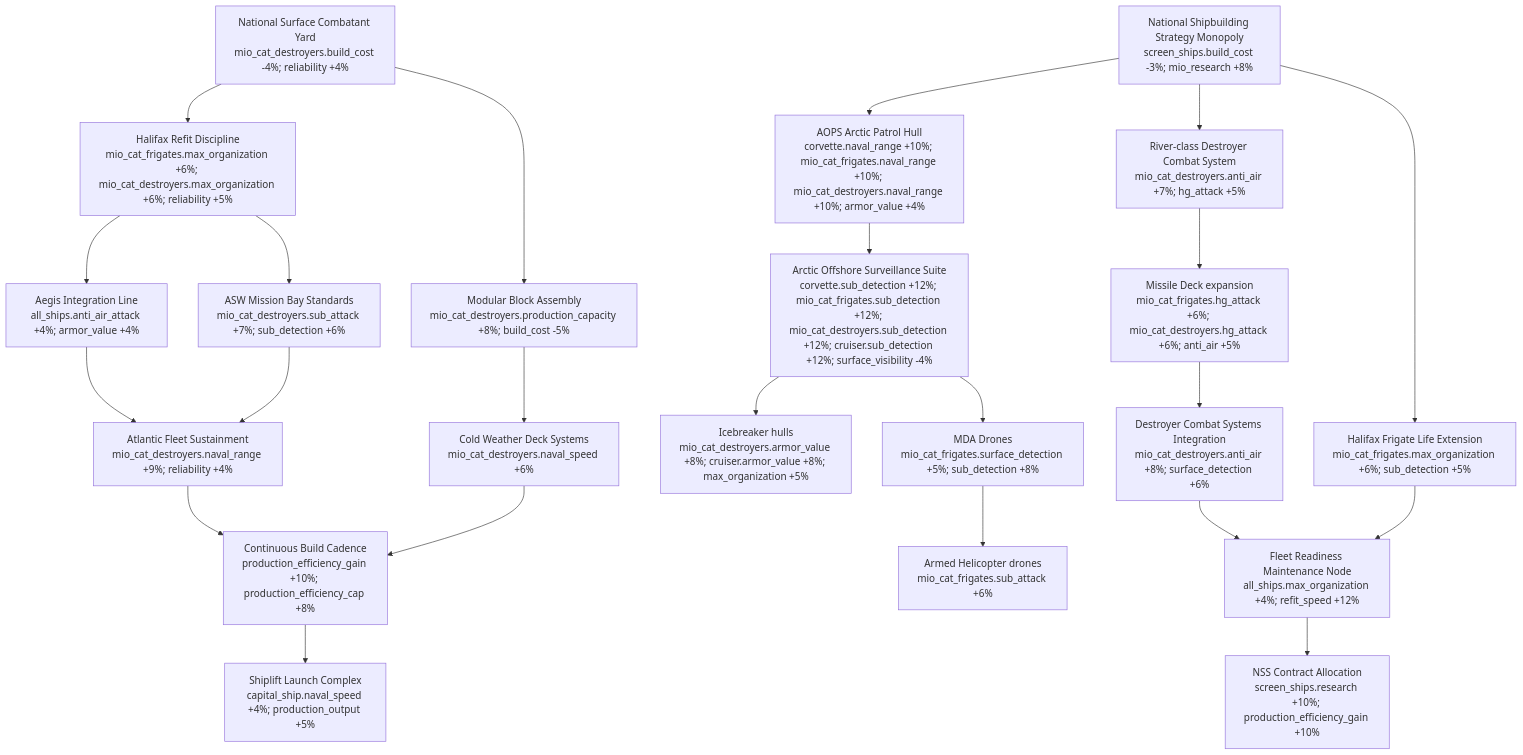
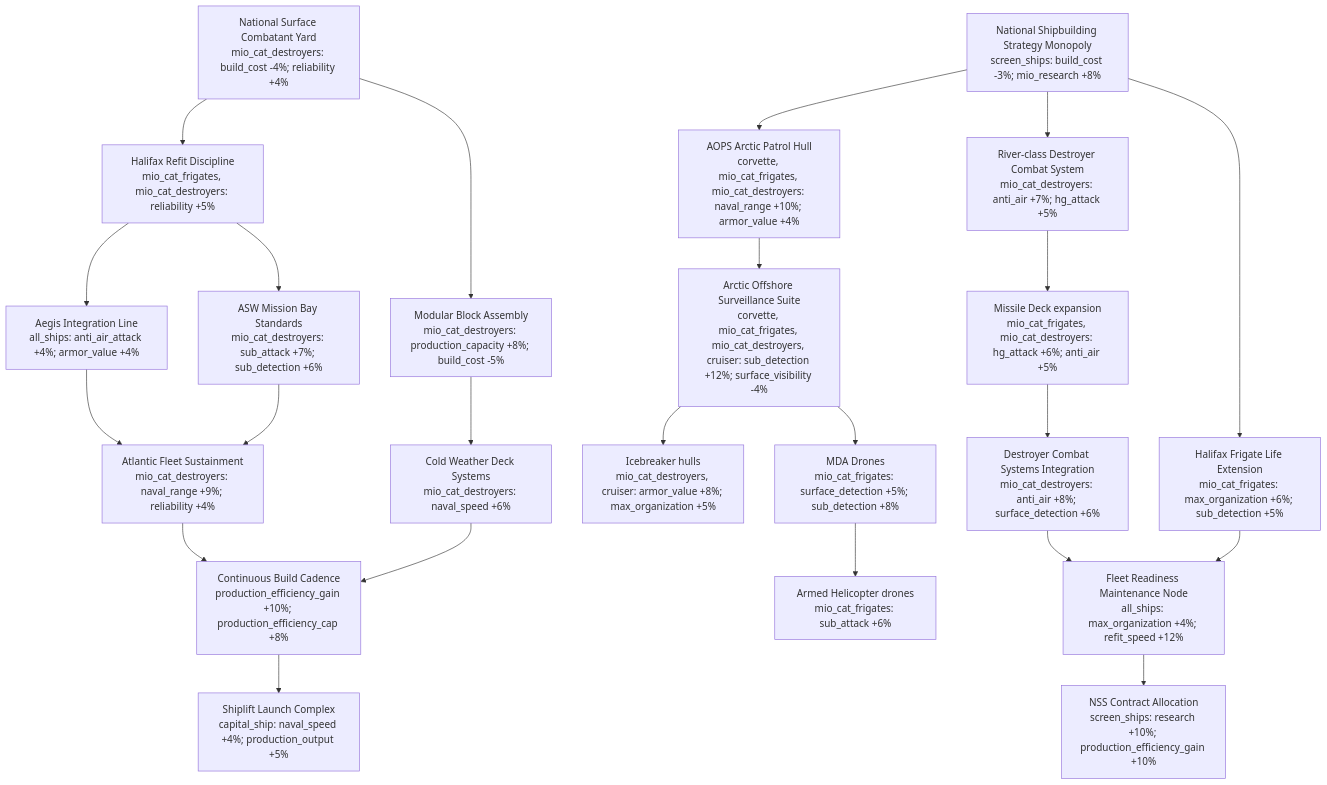
The fifth of 9 diagrams in docs/countries/canada/mio.md (MillenniumDawn/Millennium-Dawn), drawn with Mermaid before and after one commit. The commit also changed other lines of this file and 3 other files, not shown here.

Commit message:
feat: Mermaid to MIO script

````diff
--- a/docs/countries/canada/mio.md
+++ b/docs/countries/canada/mio.md
@@ -188,53 +188,53 @@
 ```mermaid
 flowchart TD
     %% Industrial foundation branch
-    I0["National Surface Combatant Yard<br/>mio_cat_destroyers.build_cost -4%; reliability +4%"]
-    I1["Halifax Refit Discipline<br/>mio_cat_frigates.max_organization +6%; mio_cat_destroyers.max_organization +6%; reliability +5%"]
-    I2["Modular Block Assembly<br/>mio_cat_destroyers.production_capacity +8%; build_cost -5%"]
-    I5["Cold Weather Deck Systems<br/>mio_cat_destroyers.naval_speed +6%"]
-    I3["Aegis Integration Line<br/>all_ships.anti_air_attack +4%; armor_value +4%"]
-    I4["ASW Mission Bay Standards<br/>mio_cat_destroyers.sub_attack +7%; sub_detection +6%"]
-    I6["Atlantic Fleet Sustainment<br/>mio_cat_destroyers.naval_range +9%; reliability +4%"]
+    I0["National Surface Combatant Yard<br/>mio_cat_destroyers: build_cost -4%; reliability +4%"]
+    I1["Halifax Refit Discipline<br/>mio_cat_frigates, mio_cat_destroyers: reliability +5%"]
+    I2["Modular Block Assembly<br/>mio_cat_destroyers: production_capacity +8%; build_cost -5%"]
+    I5["Cold Weather Deck Systems<br/>mio_cat_destroyers: naval_speed +6%"]
+    I3["Aegis Integration Line<br/>all_ships: anti_air_attack +4%; armor_value +4%"]
+    I4["ASW Mission Bay Standards<br/>mio_cat_destroyers: sub_attack +7%; sub_detection +6%"]
+    I6["Atlantic Fleet Sustainment<br/>mio_cat_destroyers: naval_range +9%; reliability +4%"]
     I7["Continuous Build Cadence<br/>production_efficiency_gain +10%; production_efficiency_cap +8%"]
-    I8["Shiplift Launch Complex<br/>capital_ship.naval_speed +4%; production_output +5%"]
+    I8["Shiplift Launch Complex<br/>capital_ship: naval_speed +4%; production_output +5%"]
 
     %% National program and contracts branch
-    I9["National Shipbuilding Strategy Monopoly<br/>screen_ships.build_cost -3%; mio_research +8%"]
-    I10["AOPS Arctic Patrol Hull<br/>corvette.naval_range +10%; mio_cat_frigates.naval_range +10%; mio_cat_destroyers.naval_range +10%; armor_value +4%"]
-    I11["River-class Destroyer Combat System<br/>mio_cat_destroyers.anti_air +7%; hg_attack +5%"]
-    I12["Halifax Frigate Life Extension<br/>mio_cat_frigates.max_organization +6%; sub_detection +5%"]
-    I14["Missile Deck expansion<br/>mio_cat_frigates.hg_attack +6%; mio_cat_destroyers.hg_attack +6%; anti_air +5%"]
-    I18["Destroyer Combat Systems Integration<br/>mio_cat_destroyers.anti_air +8%; surface_detection +6%"]
-    I15["MDA Drones<br/>mio_cat_frigates.surface_detection +5%; sub_detection +8%"]
-    I16["Armed Helicopter drones<br/>mio_cat_frigates.sub_attack +6%"]
-    I13["Arctic Offshore Surveillance Suite<br/>corvette.sub_detection +12%; mio_cat_frigates.sub_detection +12%; mio_cat_destroyers.sub_detection +12%; cruiser.sub_detection +12%; surface_visibility -4%"]
-    I17["Icebreaker hulls<br/>mio_cat_destroyers.armor_value +8%; cruiser.armor_value +8%; max_organization +5%"]
+    I9["National Shipbuilding Strategy Monopoly<br/>screen_ships: build_cost -3%; mio_research +8%"]
+    I10["AOPS Arctic Patrol Hull<br/>corvette, mio_cat_frigates, mio_cat_destroyers: naval_range +10%; armor_value +4%"]
+    I11["River-class Destroyer Combat System<br/>mio_cat_destroyers: anti_air +7%; hg_attack +5%"]
+    I12["Halifax Frigate Life Extension<br/>mio_cat_frigates: max_organization +6%; sub_detection +5%"]
+    I14["Missile Deck expansion<br/>mio_cat_frigates, mio_cat_destroyers: hg_attack +6%; anti_air +5%"]
+    I18["Destroyer Combat Systems Integration<br/>mio_cat_destroyers: anti_air +8%; surface_detection +6%"]
+    I15["MDA Drones<br/>mio_cat_frigates: surface_detection +5%; sub_detection +8%"]
+    I16["Armed Helicopter drones<br/>mio_cat_frigates: sub_attack +6%"]
+    I13["Arctic Offshore Surveillance Suite<br/>corvette, mio_cat_frigates, mio_cat_destroyers, cruiser: sub_detection +12%; surface_visibility -4%"]
+    I17["Icebreaker hulls<br/>mio_cat_destroyers, cruiser: armor_value +8%; max_organization +5%"]
 
     %% Fleet readiness branch
-    I19["Fleet Readiness Maintenance Node<br/>all_ships.max_organization +4%; refit_speed +12%"]
-    I20["NSS Contract Allocation<br/>screen_ships.research +10%; production_efficiency_gain +10%"]
+    I19["Fleet Readiness Maintenance Node<br/>all_ships: max_organization +4%; refit_speed +12%"]
+    I20["NSS Contract Allocation<br/>screen_ships: research +10%; production_efficiency_gain +10%"]
 
     I0 --> I1
     I0 --> I2
     I1 --> I3
     I1 --> I4
     I2 --> I5
     I3 --> I6
     I4 --> I6
     I5 --> I7
     I6 --> I7
     I7 --> I8
 
     I9 --> I10
     I9 --> I11
     I9 --> I12
     I10 --> I13
     I11 --> I14
     I14 --> I18
     I12 --> I19
     I18 --> I19
     I13 --> I17
     I13 --> I15
     I15 --> I16
     I19 --> I20
 ```
````
